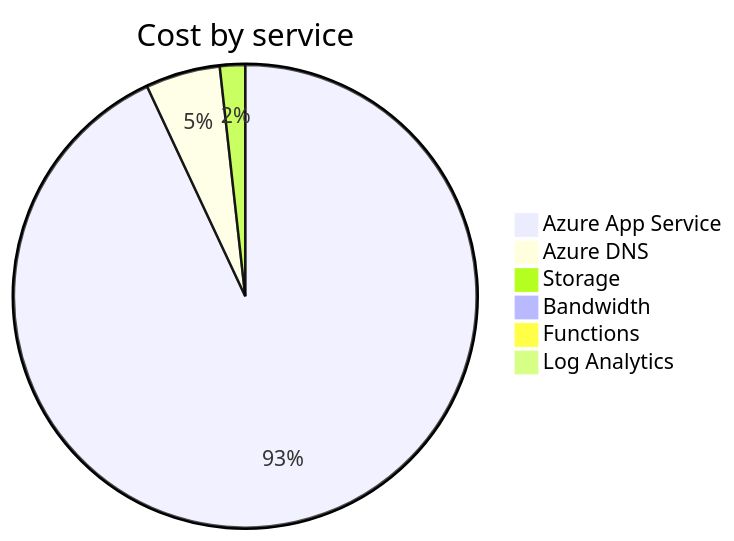
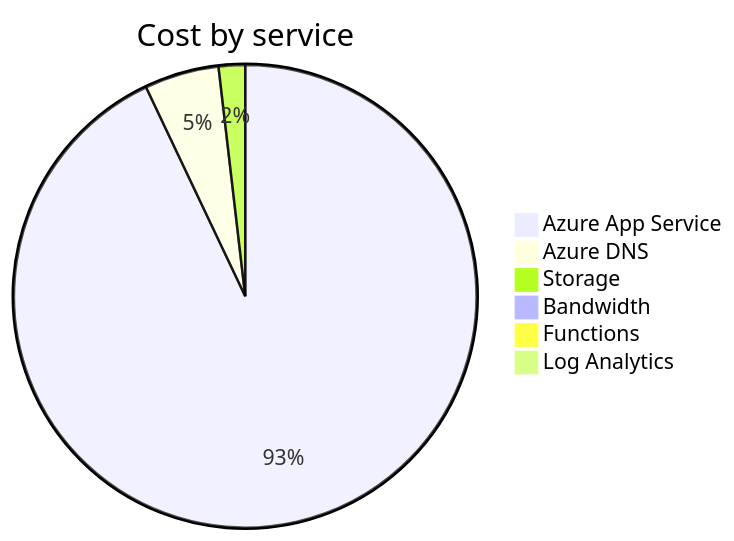
The second of 4 diagrams in cost-reports/accumulated-cost.md (jpfulton/azure-personal-reports), drawn with Mermaid before and after one commit. The commit also changed other lines of this file and 4 other files, not shown here.

````diff
--- a/cost-reports/accumulated-cost.md
+++ b/cost-reports/accumulated-cost.md
@@ -100,10 +100,10 @@
 ```mermaid
 pie
    title Cost by service
-   "Azure App Service" : 10.55
-   "Azure DNS" : 0.59
-   "Storage" : 0.20
+   "Azure App Service" : 11.07
+   "Azure DNS" : 0.62
+   "Storage" : 0.22
    "Bandwidth" : 0.00
    "Functions" : 0.00
    "Log Analytics" : 0.00
 ```
````
